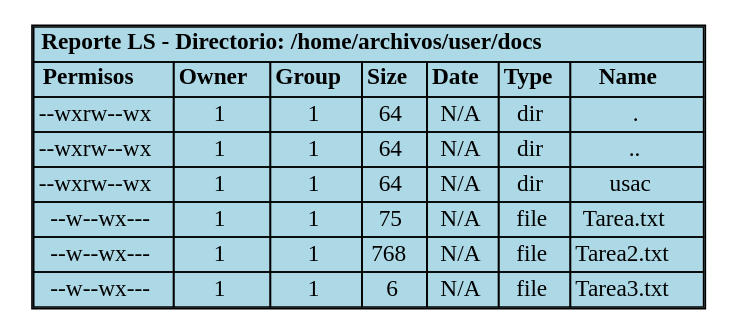
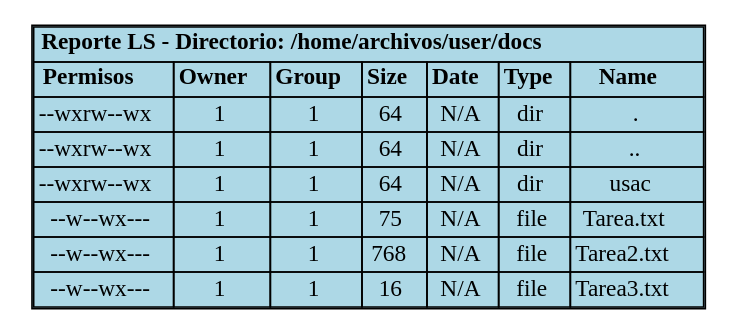
Before and after one commit to DiegVas/MIA_2S2025_P1_202300638: the diagram in backend/provider/reports/src/ls_381A.dot, drawn with Graphviz. The commit also changed 6 other files, not shown here.

```diff
--- a/backend/provider/reports/src/ls_381A.dot
+++ b/backend/provider/reports/src/ls_381A.dot
@@ -1,71 +1,71 @@
 digraph LS_Report {
     rankdir=TB;
     node [shape=plaintext];
     edge [style=invisible];
     title [label=<<TABLE BORDER="1" CELLBORDER="1" CELLSPACING="0" BGCOLOR="lightblue">
         <TR><TD COLSPAN="7"><B>Reporte LS - Directorio: /home/archivos/user/docs</B></TD></TR>
         <TR>
             <TD><B>Permisos</B></TD>
             <TD><B>Owner</B></TD>
             <TD><B>Group</B></TD>
             <TD><B>Size</B></TD>
             <TD><B>Date</B></TD>
             <TD><B>Type</B></TD>
             <TD><B>Name</B></TD>
         </TR>
         <TR>
             <TD>--wxrw--wx</TD>
             <TD>1</TD>
             <TD>1</TD>
             <TD>64</TD>
             <TD>N/A</TD>
             <TD>dir</TD>
             <TD>.</TD>
         </TR>
         <TR>
             <TD>--wxrw--wx</TD>
             <TD>1</TD>
             <TD>1</TD>
             <TD>64</TD>
             <TD>N/A</TD>
             <TD>dir</TD>
             <TD>..</TD>
         </TR>
         <TR>
             <TD>--wxrw--wx</TD>
             <TD>1</TD>
             <TD>1</TD>
             <TD>64</TD>
             <TD>N/A</TD>
             <TD>dir</TD>
             <TD>usac</TD>
         </TR>
         <TR>
             <TD>--w--wx---</TD>
             <TD>1</TD>
             <TD>1</TD>
             <TD>75</TD>
             <TD>N/A</TD>
             <TD>file</TD>
             <TD>Tarea.txt</TD>
         </TR>
         <TR>
             <TD>--w--wx---</TD>
             <TD>1</TD>
             <TD>1</TD>
             <TD>768</TD>
             <TD>N/A</TD>
             <TD>file</TD>
             <TD>Tarea2.txt</TD>
         </TR>
         <TR>
             <TD>--w--wx---</TD>
             <TD>1</TD>
             <TD>1</TD>
-            <TD>6</TD>
+            <TD>16</TD>
             <TD>N/A</TD>
             <TD>file</TD>
             <TD>Tarea3.txt</TD>
         </TR>
     </TABLE>>];
 }
```
